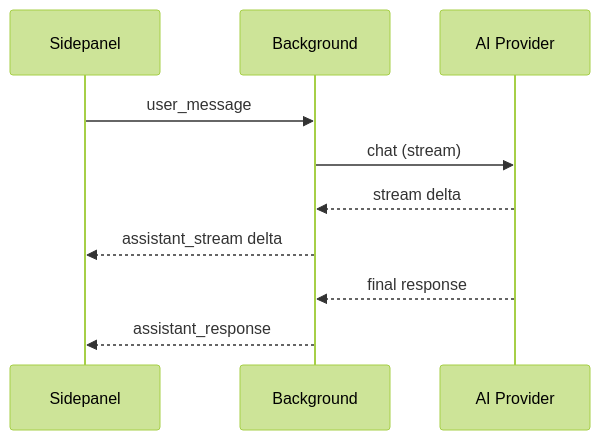
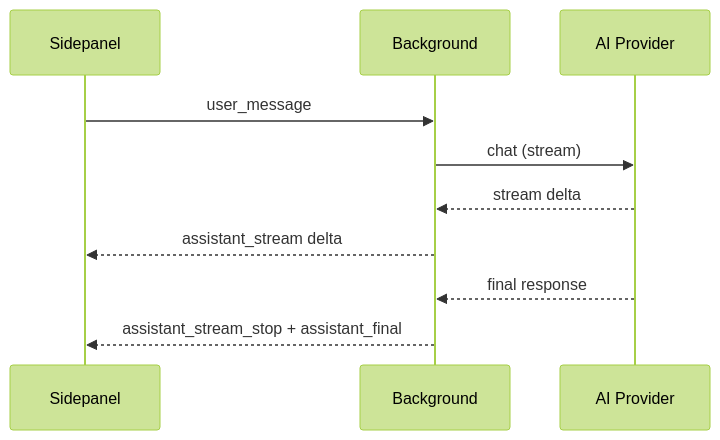
The second of 2 diagrams in README.md (Emansecio/Glide), drawn with Mermaid (forest theme) before and after one commit. The commit also changed other lines of this file and 7 other files, not shown here.

Commit message:
fix: stabilize automation flow and model source handling

````diff
--- a/README.md
+++ b/README.md
@@ -166,13 +167,13 @@
 ```mermaid
 sequenceDiagram
   participant UI as Sidepanel
   participant BG as Background
   participant LLM as AI Provider
 
   UI->>BG: user_message
   BG->>LLM: chat (stream)
   LLM-->>BG: stream delta
   BG-->>UI: assistant_stream delta
   LLM-->>BG: final response
-  BG-->>UI: assistant_response
+  BG-->>UI: assistant_stream_stop + assistant_final
 ```
````
